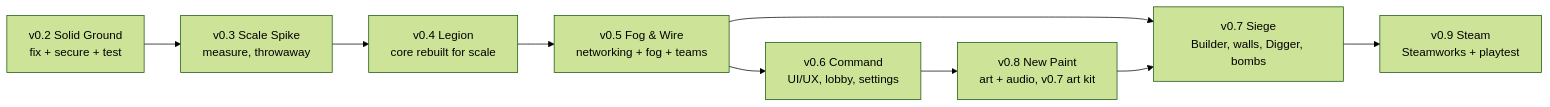
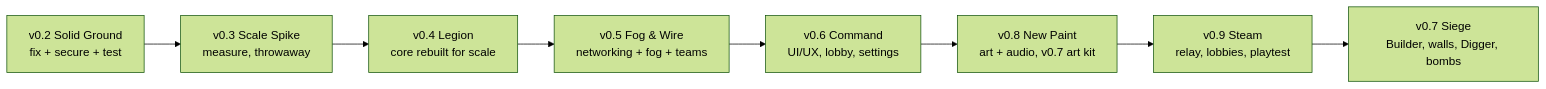
One commit to CoolCoder353/WAR-2D changed the diagram in docs/roadmap.md. Above: the diagram before and after it, drawn with Mermaid (forest theme). The commit also changed other lines of this file and 27 other files, not shown here.

````diff
--- a/docs/roadmap.md
+++ b/docs/roadmap.md
@@ -47,11 +47,10 @@
 ```mermaid
 flowchart LR
     v02[v0.2 Solid Ground<br/>fix + secure + test] --> v03[v0.3 Scale Spike<br/>measure, throwaway]
     v03 --> v04[v0.4 Legion<br/>core rebuilt for scale]
     v04 --> v05[v0.5 Fog & Wire<br/>networking + fog + teams]
     v05 --> v06[v0.6 Command<br/>UI/UX, lobby, settings]
     v06 --> v08[v0.8 New Paint<br/>art + audio, v0.7 art kit]
-    v05 --> v07[v0.7 Siege<br/>Builder, walls, Digger, bombs]
-    v08 --> v07
-    v07 --> v09[v0.9 Steam<br/>Steamworks + playtest]
+    v08 --> v09[v0.9 Steam<br/>relay, lobbies, playtest]
+    v09 --> v07[v0.7 Siege<br/>Builder, walls, Digger, bombs]
 ```
````
